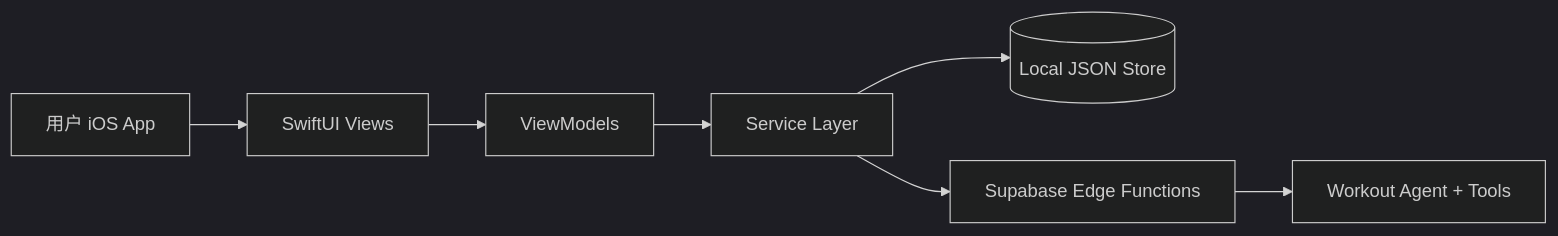
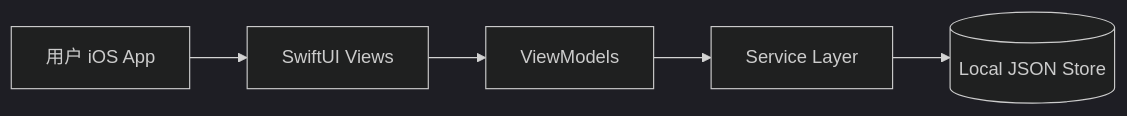
The diagram in docs/architecture/system-architecture.md (Paikchu/PeakLog), drawn with Mermaid (dark theme) before and after one commit. The commit also changed other lines of this file and 19 other files, not shown here.

````diff
--- a/docs/architecture/system-architecture.md
+++ b/docs/architecture/system-architecture.md
@@ -15,9 +14,7 @@
 ```mermaid
 flowchart LR
     U[用户 iOS App] --> V[SwiftUI Views]
     V --> VM[ViewModels]
     VM --> S[Service Layer]
     S --> L[(Local JSON Store)]
-    S --> EF[Supabase Edge Functions]
-    EF --> A[Workout Agent + Tools]
 ```
````
